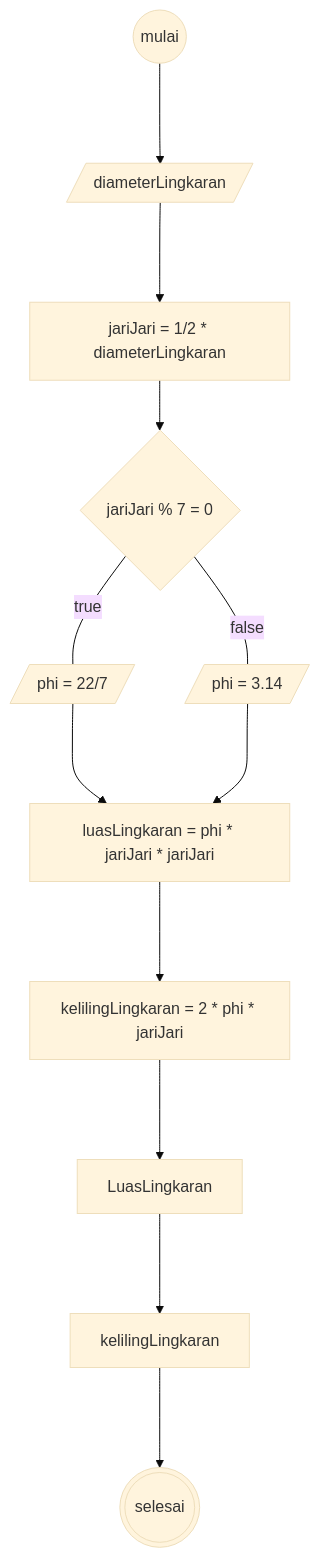
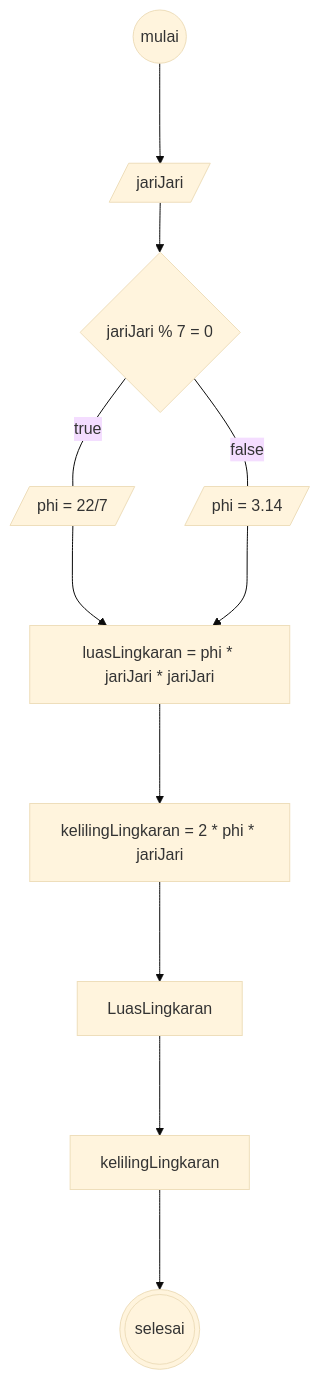
The diagram in minitask5.md (VirgilIw/koda-b4-algoritma), drawn with Mermaid (base theme) before and after one commit.

````diff
--- a/minitask5.md
+++ b/minitask5.md
@@ -1,21 +1,20 @@
 ```mermaid
 flowchart TB
-circle((mulai)) --->data[/diameterLingkaran/]
+circle((mulai)) --->data[/jariJari/]
 
 
-jari --> phi{jariJari % 7 = 0}
 phi -- true ---phi1[/phi = 22/7/]
 phi -- false ---phi2[/phi = 3.14/]
 
 
-data---> jari[jariJari = 1/2 * diameterLingkaran]
+data --> phi{jariJari % 7 = 0}
 phi1 --->luas[luasLingkaran = phi * jariJari * jariJari]
 phi2 --->luas[luasLingkaran = phi * jariJari * jariJari]
 
 luas --->keliling[kelilingLingkaran = 2 * phi * jariJari]
 
 keliling ---> hasil1[LuasLingkaran]
 hasil1---> hasil2[kelilingLingkaran]
 
 hasil2---> selesai(((selesai)))
 ```
````
